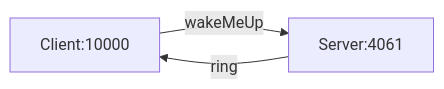
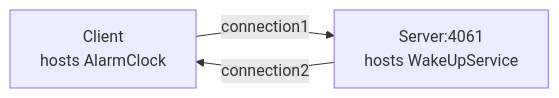
The diagram in csharp/Ice/Callback/README.md (zeroc-ice/ice-demos), drawn with Mermaid before and after one commit. The commit also changed other lines of this file and 1 other file, not shown here.

Commit message:
Fix review comments

````diff
--- a/csharp/Ice/Callback/README.md
+++ b/csharp/Ice/Callback/README.md
@@ -7,5 +8,5 @@
 ```mermaid
 flowchart LR
-    c[Client:10000] --wakeMeUp--> s[Server:4061]
-    s --ring--> c
+    c[Client<br>hosts AlarmClock] --connection1--> s[Server:4061<br>hosts WakeUpService]
+    s --connection2--> c
 ```
````
